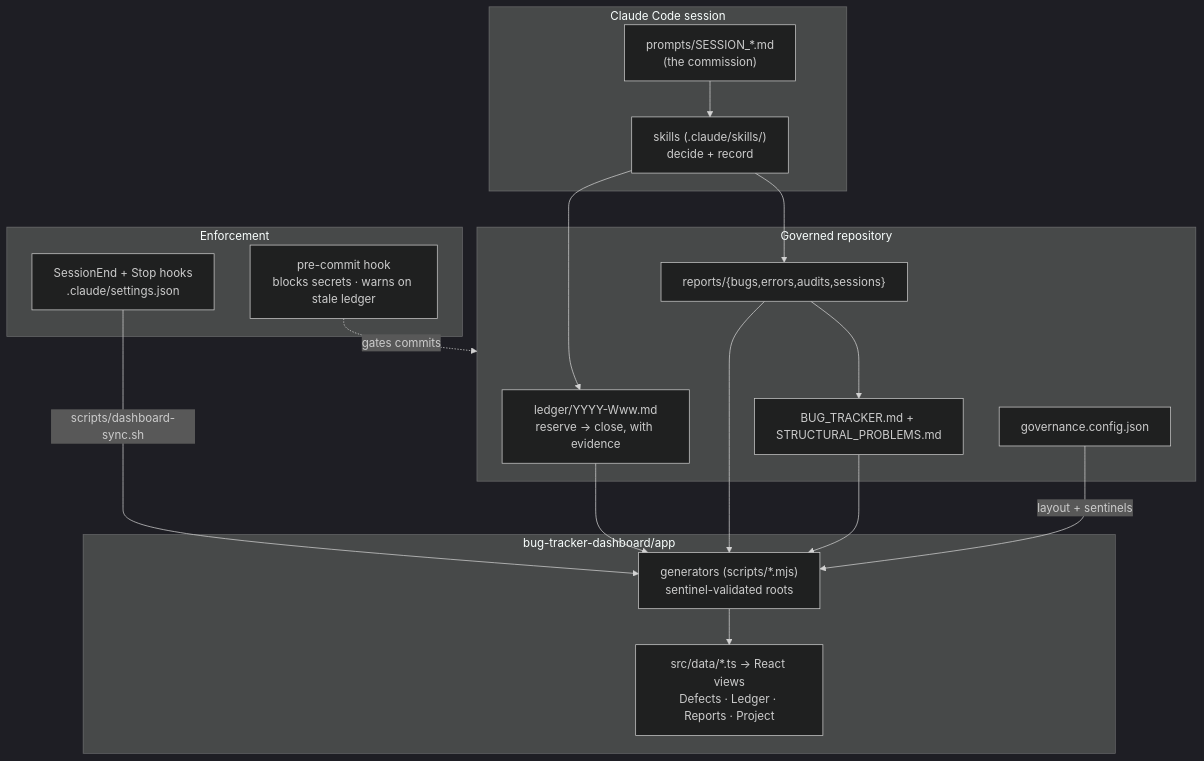
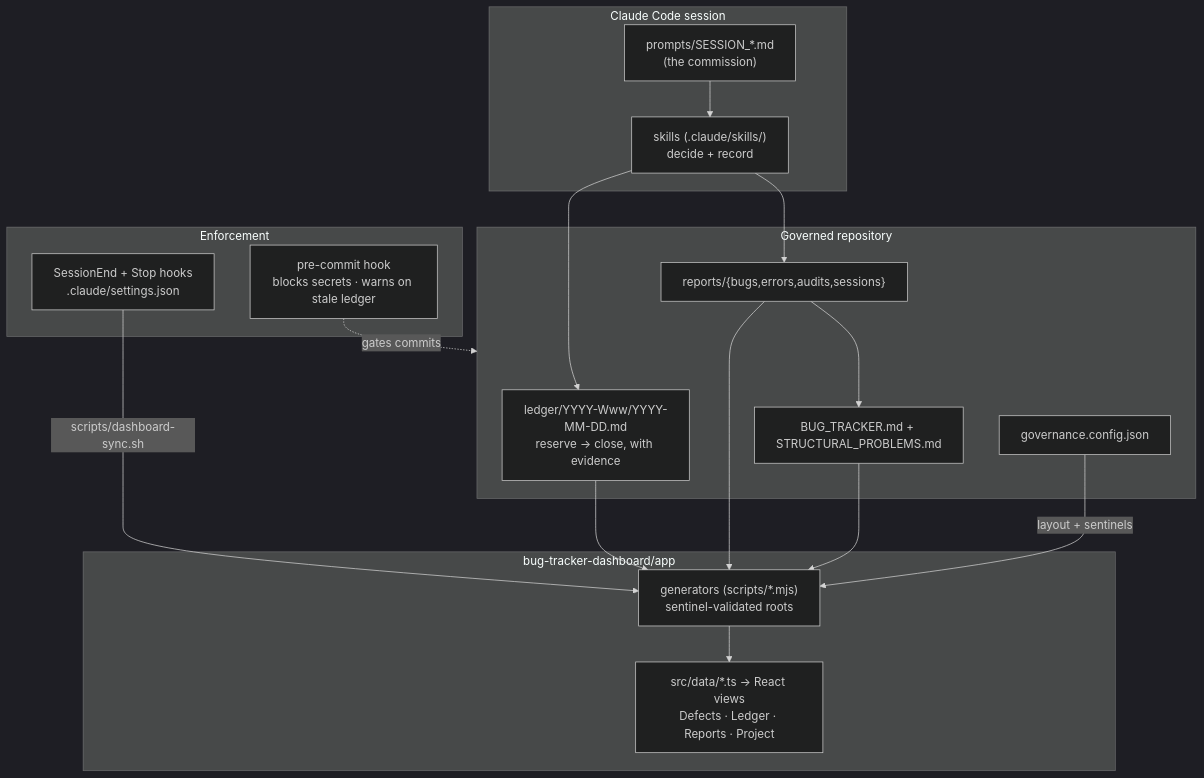
Before and after one commit to hatim-mlf/claude-governance-kit: the diagram in README.md, drawn with Mermaid (dark theme). The commit also changed 4 other files, not shown here.

````diff
--- a/README.md
+++ b/README.md
@@ -53,34 +53,34 @@
 ```mermaid
 flowchart TD
     subgraph Session["Claude Code session"]
         P["prompts/SESSION_*.md<br/>(the commission)"]
         S["skills (.claude/skills/)<br/>decide + record"]
     end
 
     subgraph Repo["Governed repository"]
-        L["ledger/YYYY-Www.md<br/>reserve → close, with evidence"]
+        L["ledger/YYYY-Www/YYYY-MM-DD.md<br/>reserve → close, with evidence"]
         R["reports/{bugs,errors,audits,sessions}"]
         T["BUG_TRACKER.md + STRUCTURAL_PROBLEMS.md"]
         C["governance.config.json"]
     end
 
     subgraph Enforce["Enforcement"]
         PC["pre-commit hook<br/>blocks secrets · warns on stale ledger"]
         HK["SessionEnd + Stop hooks<br/>.claude/settings.json"]
     end
 
     subgraph Dash["bug-tracker-dashboard/app"]
         G["generators (scripts/*.mjs)<br/>sentinel-validated roots"]
         D["src/data/*.ts → React views<br/>Defects · Ledger · Reports · Project"]
     end
 
     P --> S --> L
     S --> R --> T
     PC -. gates commits .-> Repo
     HK -->|"scripts/dashboard-sync.sh"| G
     L --> G
     R --> G
     T --> G
     C -->|layout + sentinels| G
     G --> D
 ```
````
